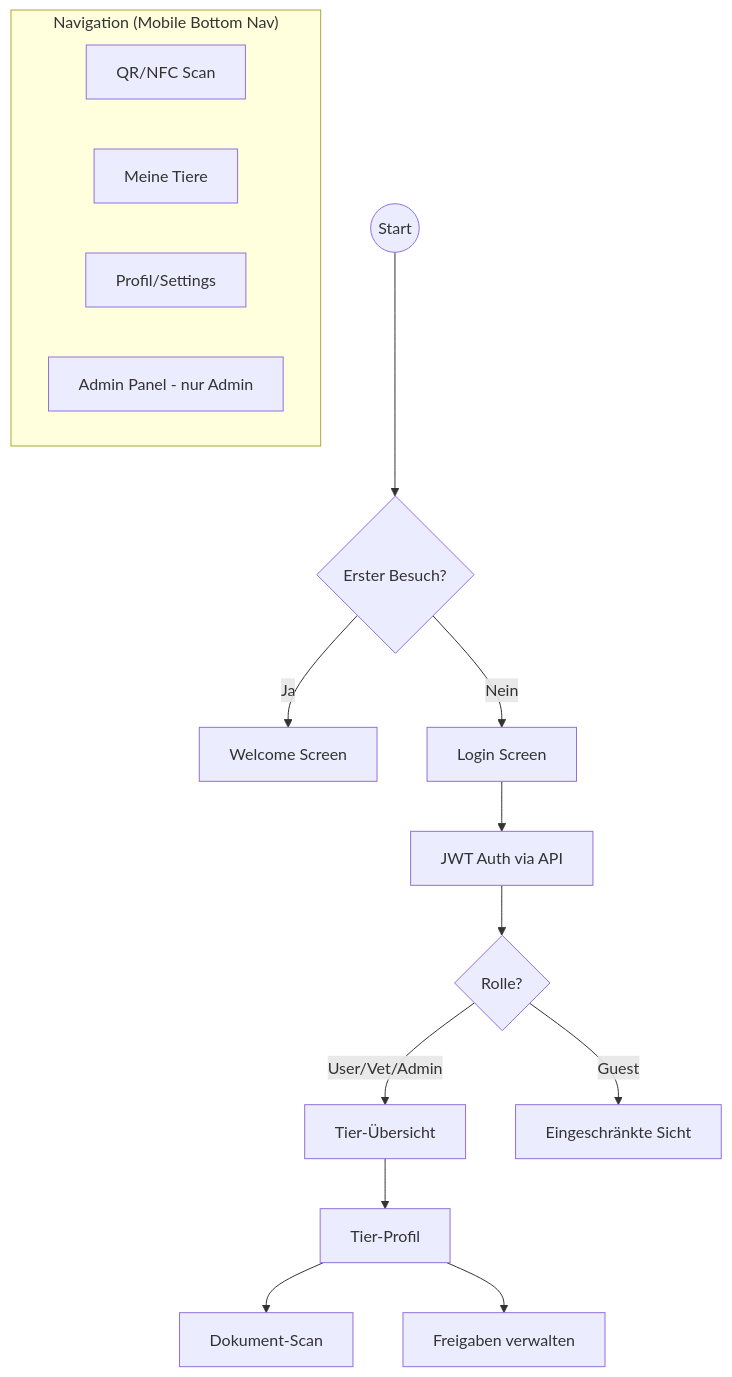
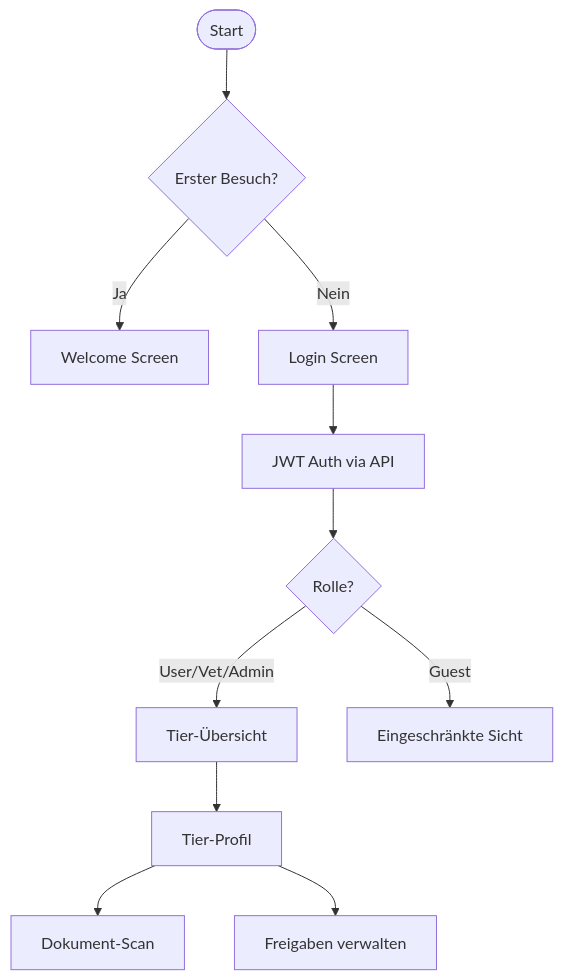
One commit to mpetutschnig/pawvax changed the first of 4 diagrams in documentation/PWA_WORKFLOWS.md. Above: the diagram before and after it, drawn with Mermaid. The commit also changed other lines of this file and 2 other files, not shown here.

Commit message:
docs: use minimal flowchart syntax for maximum compatibility, versionbump 20260512_1758

````diff
--- a/documentation/PWA_WORKFLOWS.md
+++ b/documentation/PWA_WORKFLOWS.md
@@ -11,23 +9,16 @@
 ```mermaid
-graph TD
-    Start(("Start")) --> Welcome{"Erster Besuch?"}
-    Welcome -- "Ja" --> WelcomePage["Welcome Screen"]
-    Welcome -- "Nein" --> LoginPage["Login Screen"]
-    
-    LoginPage --> Auth["JWT Auth via API"]
-    Auth --> RoleCheck{"Rolle?"}
-    
-    RoleCheck -- "User/Vet/Admin" --> AnimalsPage["Tier-Übersicht"]
-    RoleCheck -- "Guest" --> PublicScan["Eingeschränkte Sicht"]
-    
-    AnimalsPage --> PetDetails["Tier-Profil"]
-    PetDetails --> DocScan["Dokument-Scan"]
-    PetDetails --> Sharing["Freigaben verwalten"]
-    
-    subgraph "Navigation (Mobile Bottom Nav)"
-        ScanBtn["QR/NFC Scan"]
-        PetsBtn["Meine Tiere"]
-        ProfileBtn["Profil/Settings"]
-        AdminBtn["Admin Panel - nur Admin"]
-    end
+flowchart TD
+  Start([Start]) --> Welcome{Erster Besuch?}
+  Welcome -- Ja --> WelcomePage[Welcome Screen]
+  Welcome -- Nein --> LoginPage[Login Screen]
+  
+  LoginPage --> Auth[JWT Auth via API]
+  Auth --> RoleCheck{Rolle?}
+  
+  RoleCheck -- User/Vet/Admin --> AnimalsPage[Tier-Übersicht]
+  RoleCheck -- Guest --> PublicScan[Eingeschränkte Sicht]
+  
+  AnimalsPage --> PetDetails[Tier-Profil]
+  PetDetails --> DocScan[Dokument-Scan]
+  PetDetails --> Sharing[Freigaben verwalten]
 ```
````
